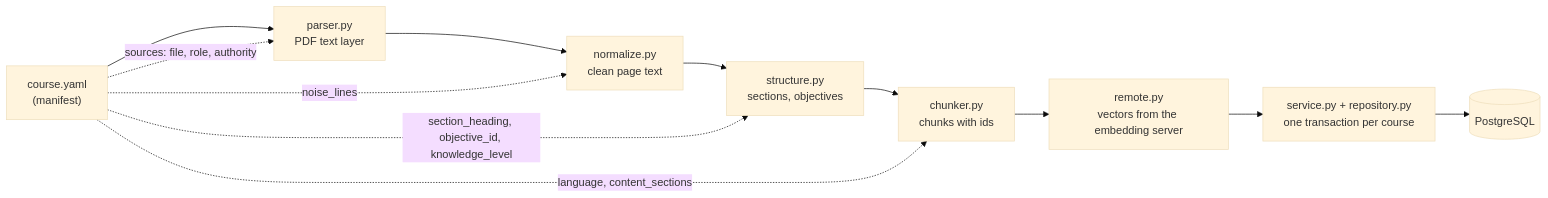
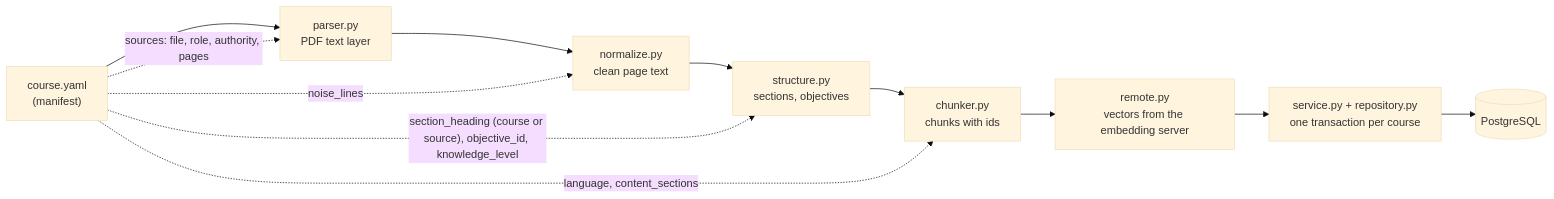
One commit to a-kapset/study-assistant changed the second of 2 diagrams in app/README.md. Above: the diagram before and after it, drawn with Mermaid (base theme). The commit also changed 7 other files, not shown here.

First line of the commit message:
feat: read only the named pages of a course source, with its own heading pattern

````diff
--- a/app/README.md
+++ b/app/README.md
@@ -326,14 +326,14 @@
 ```mermaid
 flowchart LR
     M["course.yaml<br/>(manifest)"] --> P["parser.py<br/>PDF text layer"]
     P --> N["normalize.py<br/>clean page text"]
     N --> S["structure.py<br/>sections, objectives"]
     S --> C["chunker.py<br/>chunks with ids"]
     C --> E["remote.py<br/>vectors from the embedding server"]
     E --> R["service.py + repository.py<br/>one transaction per course"]
     R --> DB[("PostgreSQL")]
-    M -. "sources: file, role, authority" .-> P
+    M -. "sources: file, role, authority, pages" .-> P
     M -. "noise_lines" .-> N
-    M -. "section_heading, objective_id, knowledge_level" .-> S
+    M -. "section_heading (course or source), objective_id, knowledge_level" .-> S
     M -. "language, content_sections" .-> C
 ```
````
